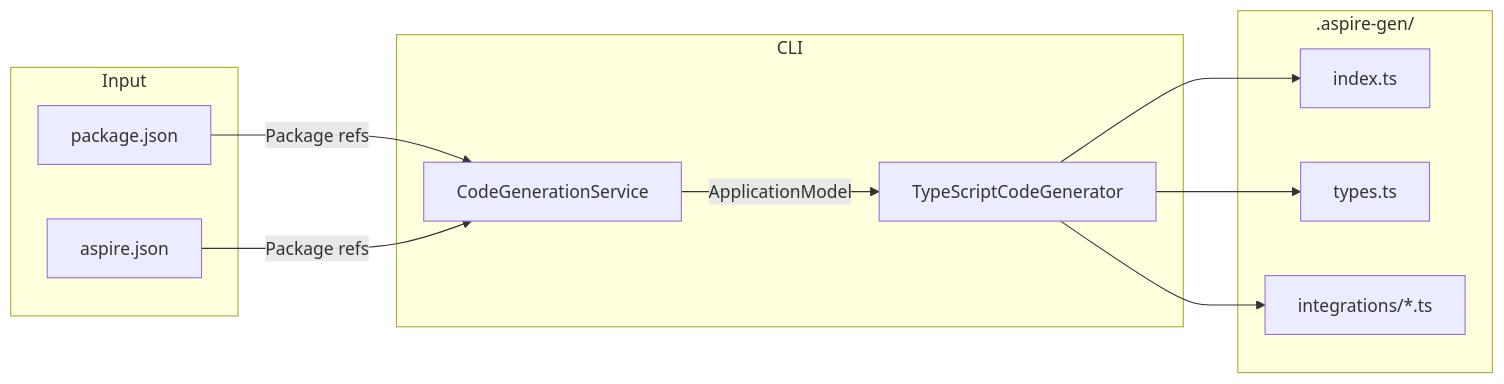
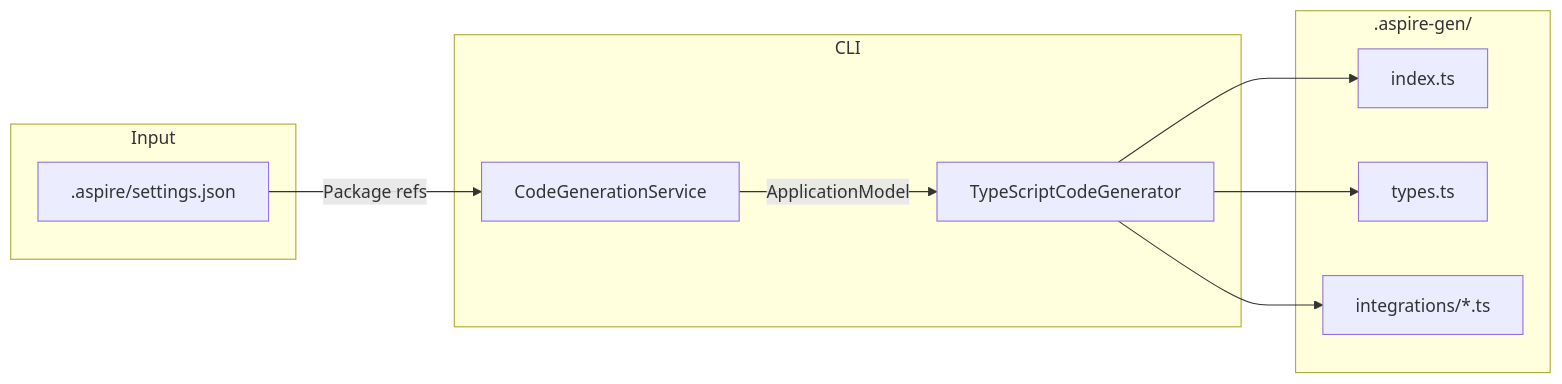
The third of 4 diagrams in docs/specs/polyglot-apphost.md (dotnet/aspire), drawn with Mermaid before and after one commit. The commit also changed other lines of this file and 6 other files, not shown here.

Commit message:
feat: Enhance polyglot AppHost support with settings.json integration and Redis SDK generation

````diff
--- a/docs/specs/polyglot-apphost.md
+++ b/docs/specs/polyglot-apphost.md
@@ -120,25 +139,23 @@
 ```mermaid
 flowchart LR
     subgraph Input
-        PJ[package.json]
-        AJ[aspire.json]
+        CFG[.aspire/settings.json]
     end
 
     subgraph CLI
         CGS[CodeGenerationService]
         TSG[TypeScriptCodeGenerator]
     end
 
     subgraph Output[".aspire-gen/"]
         IDX[index.ts]
         TYP[types.ts]
         INT[integrations/*.ts]
     end
 
-    PJ -->|Package refs| CGS
-    AJ -->|Package refs| CGS
+    CFG -->|Package refs| CGS
     CGS -->|ApplicationModel| TSG
     TSG --> IDX
     TSG --> TYP
     TSG --> INT
 ```
````
